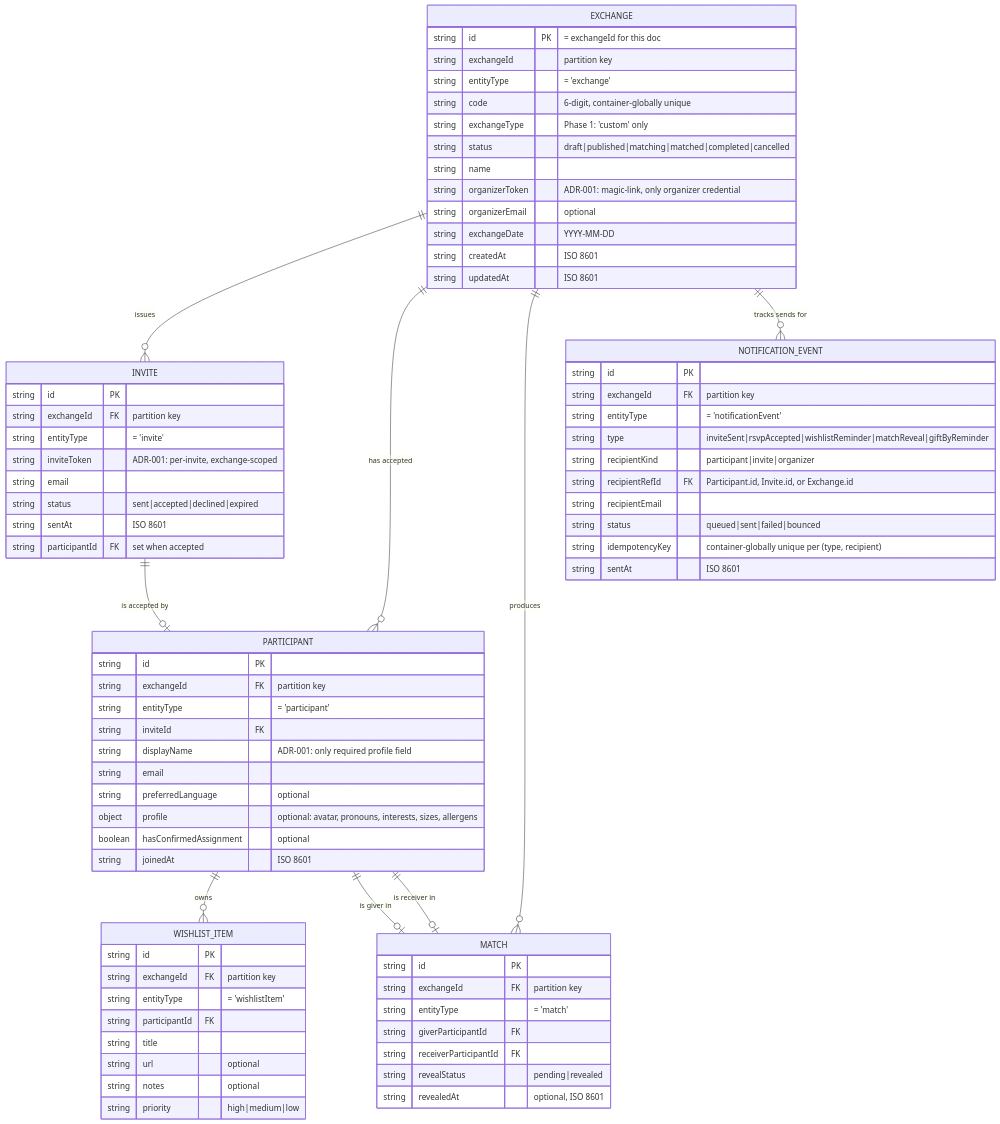
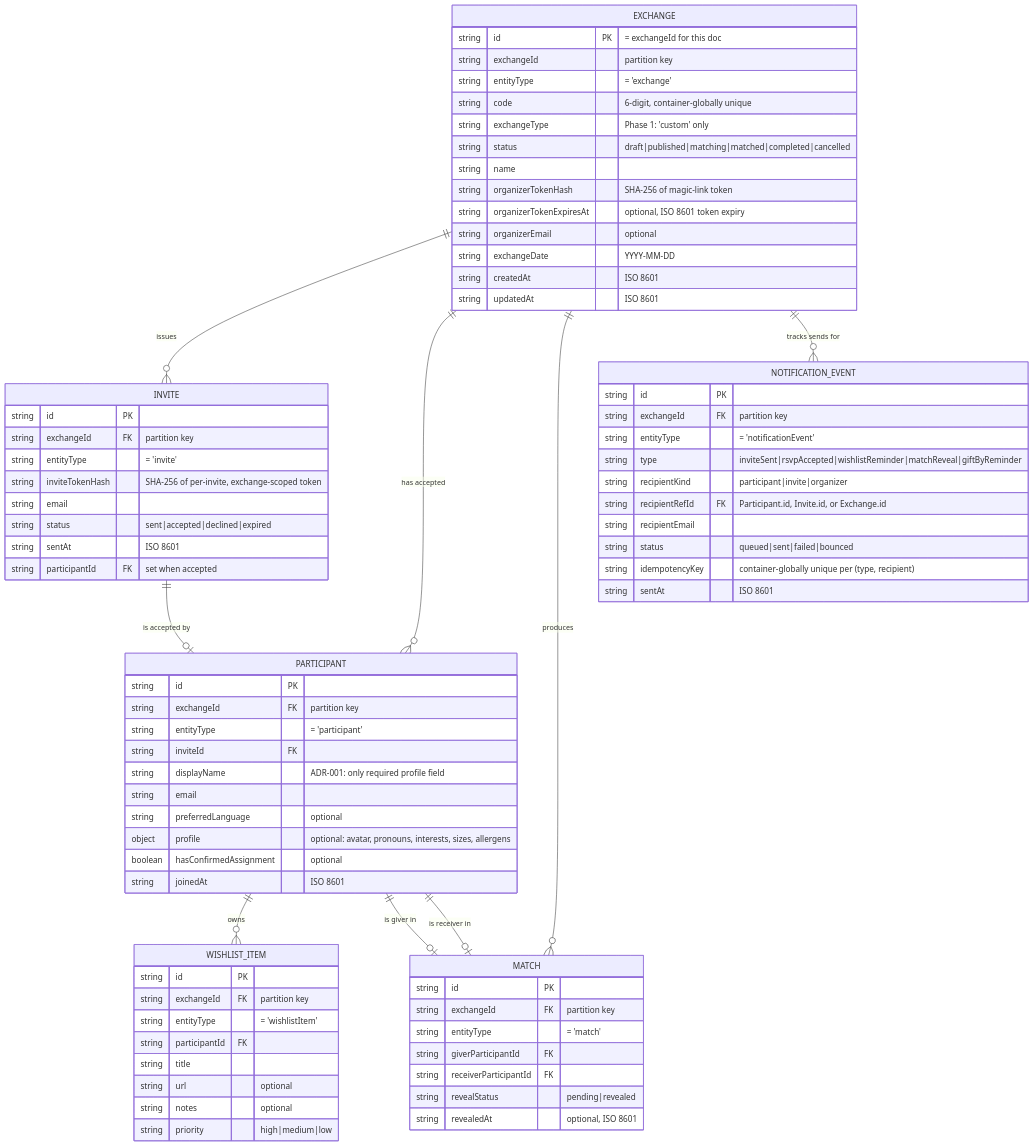
One commit to Great-Failure/giftex-vnext changed the diagram in docs/data-model-v2-erd.md. Above: the diagram before and after it, drawn with Mermaid. The commit also changed other lines of this file and 12 other files, not shown here.

```diff
--- a/docs/data-model-v2-erd.md
+++ b/docs/data-model-v2-erd.md
@@ -23,7 +23,8 @@
         string exchangeType "Phase 1: 'custom' only"
         string status "draft|published|matching|matched|completed|cancelled"
         string name
-        string organizerToken "ADR-001: magic-link, only organizer credential"
+        string organizerTokenHash "SHA-256 of magic-link token"
+        string organizerTokenExpiresAt "optional, ISO 8601 token expiry"
         string organizerEmail "optional"
         string exchangeDate "YYYY-MM-DD"
         string createdAt "ISO 8601"
@@ -34,7 +35,7 @@
         string id PK
         string exchangeId FK "partition key"
         string entityType "= 'invite'"
-        string inviteToken "ADR-001: per-invite, exchange-scoped"
+        string inviteTokenHash "SHA-256 of per-invite, exchange-scoped token"
         string email
         string status "sent|accepted|declined|expired"
         string sentAt "ISO 8601"
```
